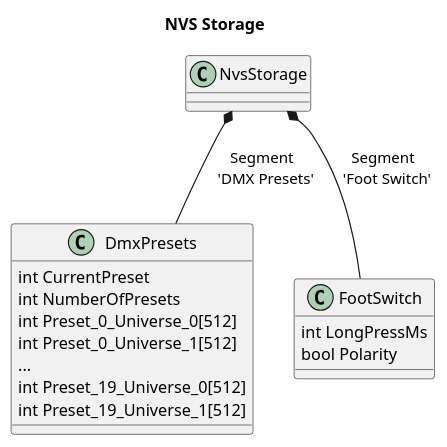
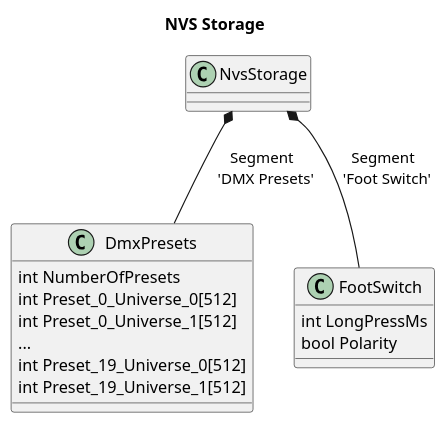
One commit to michelkeijzers/Esp32DmxController changed the sixth of 6 diagrams in Documentation/ClassDiagrams.puml. Above: the diagram before and after it, drawn with PlantUML. The commit also changed other lines of this file and 27 other files, not shown here.

```diff
--- a/Documentation/ClassDiagrams.puml
+++ b/Documentation/ClassDiagrams.puml
@@ -74,27 +109,26 @@
 @startuml 
 title NVS Storage
 
 class NvsStorage
 
 class DmxPresets
 {
-    int CurrentPreset
     int NumberOfPresets
     int Preset_0_Universe_0[512]
     int Preset_0_Universe_1[512]
     ...
     int Preset_19_Universe_0[512]
     int Preset_19_Universe_1[512]
 }
 
 
 NvsStorage *-- DmxPresets : Segment \n 'DMX Presets'
 class FootSwitch
 {
     int LongPressMs
     bool Polarity
 }
 
 NvsStorage *-- FootSwitch : Segment \n 'Foot Switch'
 
 @enduml
```
